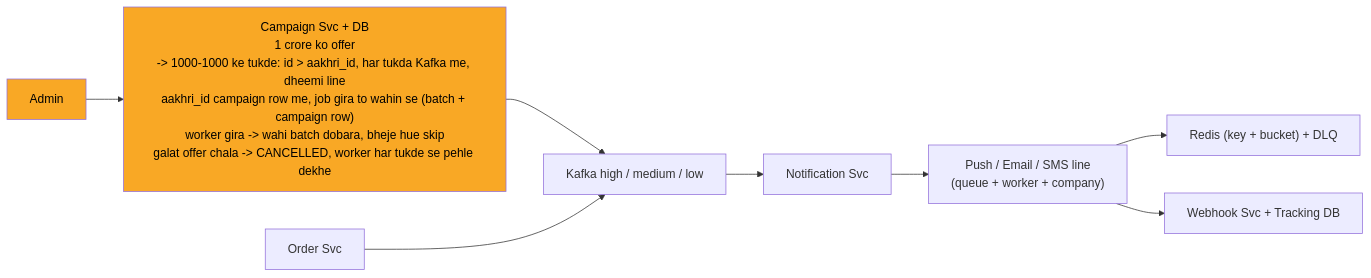
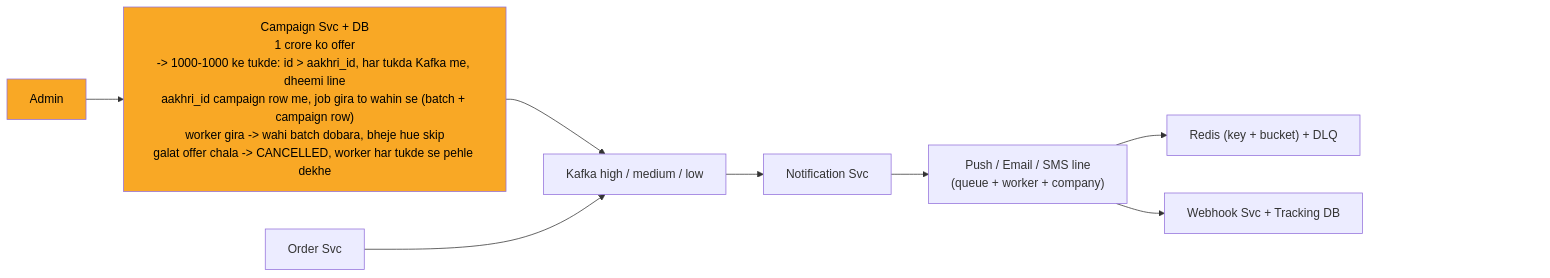
One commit to ArpanMaheshwari144/Prep changed diagram 11 of 13 in 04_HLD/SYSTEM_DESIGNS/04_notification_system/04_notification_system.md. Above: the diagram before and after it, drawn with Mermaid. The commit also changed other lines of this file and 13 other files, not shown here.

Commit message:
hld 14 file: har diagram ke daayein andekha dabba, zoom button asli dabbe pe na aaye

````diff
--- a/04_HLD/SYSTEM_DESIGNS/04_notification_system/04_notification_system.md
+++ b/04_HLD/SYSTEM_DESIGNS/04_notification_system/04_notification_system.md
@@ -447,21 +477,24 @@
 ```mermaid
 %%{init: {"flowchart": {"wrappingWidth": 450}}}%%
 flowchart LR
     n_Admin["Admin"]
     n_CAMP["Campaign Svc + DB<br/>1 crore ko offer<br/>-> 1000-1000 ke tukde: id > aakhri_id, har tukda Kafka me, dheemi line<br/>aakhri_id campaign row me, job gira to wahin se (batch + campaign row)<br/>worker gira -> wahi batch dobara, bheje hue skip<br/>galat offer chala -> CANCELLED, worker har tukde se pehle dekhe"]
     n_Order_Svc["Order Svc"]
     n_Kafka["Kafka high / medium / low"]
     n_Notification_Svc["Notification Svc"]
     n_LINES["Push / Email / SMS line<br/>(queue + worker + company)"]
     n_RDLQ["Redis (key + bucket) + DLQ"]
     n_WH["Webhook Svc + Tracking DB"]
     n_Admin --> n_CAMP
     n_CAMP --> n_Kafka
     n_Order_Svc --> n_Kafka
     n_Kafka --> n_Notification_Svc
     n_Notification_Svc --> n_LINES
     n_LINES --> n_RDLQ
     n_LINES --> n_WH
+    n_pad["xxxxxxxxxxxxxxxx"]
+    n_WH ~~~ n_pad
     style n_Admin fill:#f9a825,color:#000
     style n_CAMP fill:#f9a825,color:#000
+    style n_pad fill:none,stroke:none,color:#ffffff00
 ```
````
